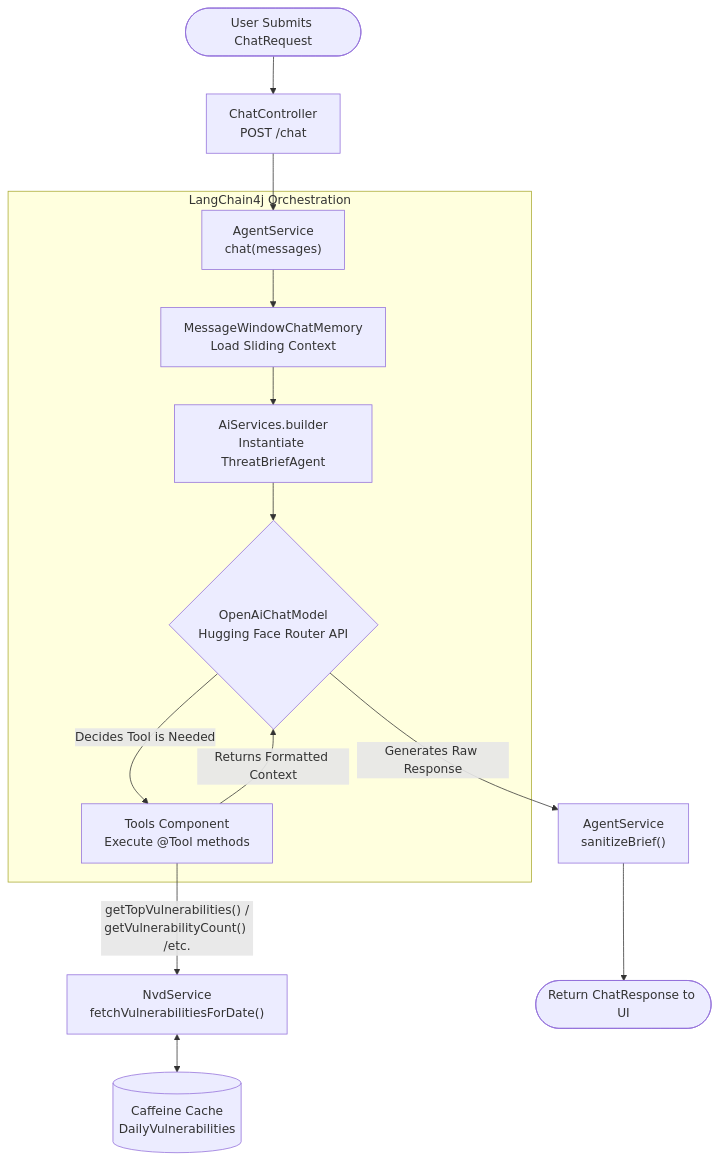
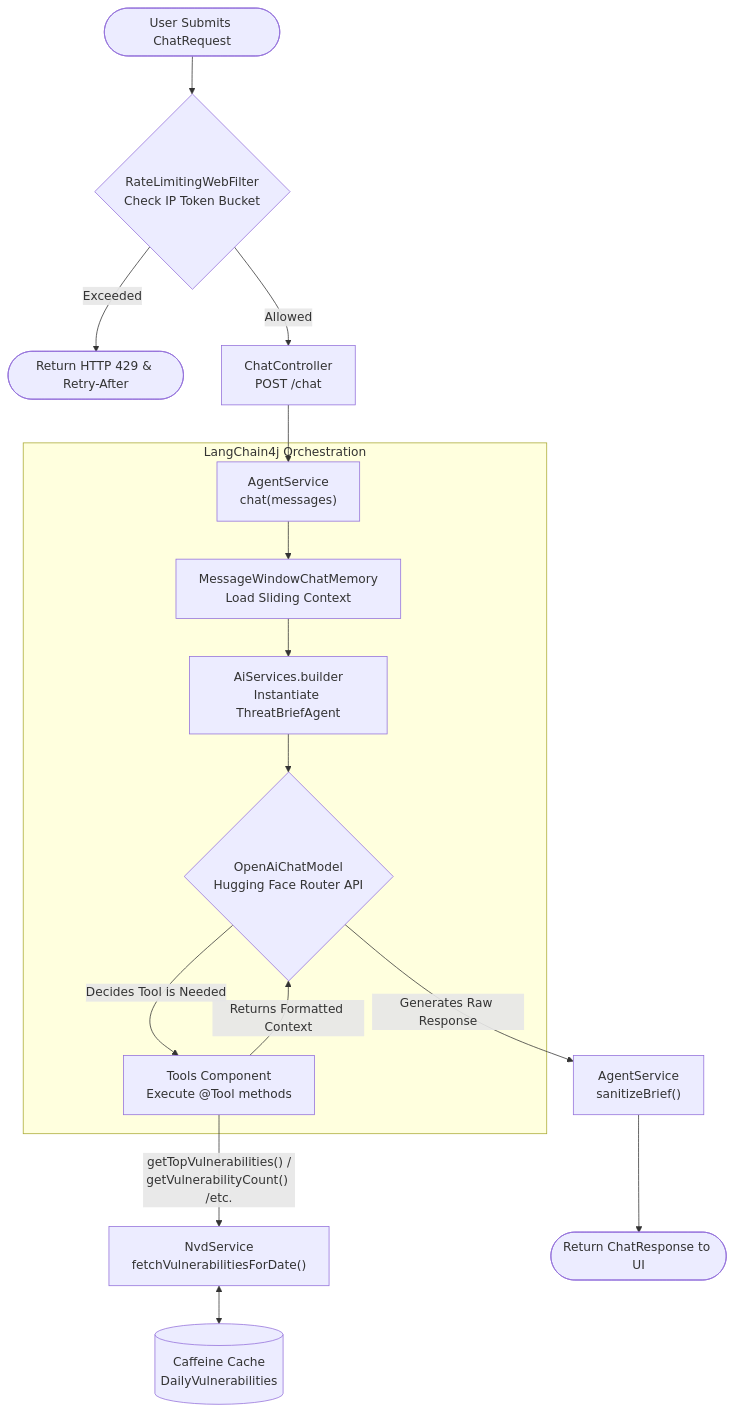
Before and after one commit to mphotle/threatbrief: the second of 2 diagrams in README.md, drawn with Mermaid. The commit also changed other lines of this file, not shown here.

Commit message:
Update architecture diagrams in README
Update the Mermaid architecture and SecOps chat diagrams in the README
to reflect recent backend enhancements. The chat flowchart now
illustrates the RateLimitingWebFilter intercepting incoming POST /chat
requests to enforce IP-based token bucket rate limits before
controller dispatch. Additionally, legacy references have been
updated to reflect AgentService and OpenAiChatModel.

````diff
--- a/README.md
+++ b/README.md
@@ -54,21 +54,24 @@
 ```mermaid
 flowchart TD
-    User([User Submits ChatRequest]) --> ChatController["ChatController<br/>POST /chat"]
+    User([User Submits ChatRequest]) --> RateFilter{"RateLimitingWebFilter<br/>Check IP Token Bucket"}
+    
+    RateFilter -->|"Exceeded"| Throttled(["Return HTTP 429 & Retry-After"])
+    RateFilter -->|"Allowed"| ChatController["ChatController<br/>POST /chat"]
     
     ChatController --> AgentService["AgentService<br/>chat(messages)"]
     
     subgraph LangChain4j Orchestration
         AgentService --> Memory["MessageWindowChatMemory<br/>Load Sliding Context"]
         Memory --> Builder["AiServices.builder<br/>Instantiate ThreatBriefAgent"]
         Builder --> ChatModel{"OpenAiChatModel<br/>Hugging Face Router API"}
         
         ChatModel -->|Decides Tool is Needed| ToolsClass["Tools Component<br/>Execute @Tool methods"]
         ToolsClass -->|Returns Formatted Context| ChatModel
     end
     
     ToolsClass -->|"getTopVulnerabilities() /<br/>getVulnerabilityCount() /etc."| NvdService["NvdService<br/>fetchVulnerabilitiesForDate()"]
     NvdService <--> Cache[("Caffeine Cache<br/>DailyVulnerabilities")]
     
     ChatModel -->|Generates Raw Response| Sanitize["AgentService<br/>sanitizeBrief()"]
     Sanitize --> ChatResponse([Return ChatResponse to UI])
 ```
````
